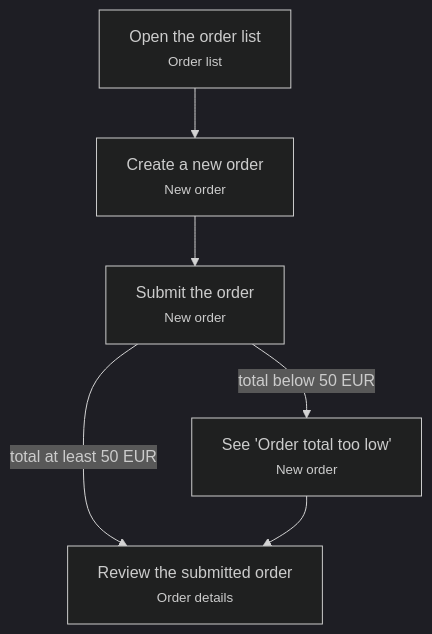
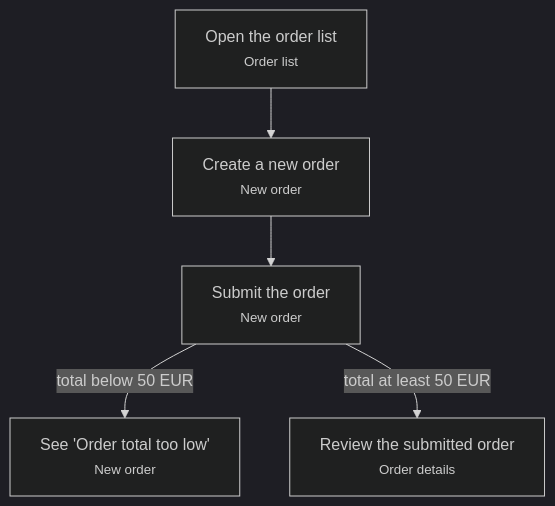
The diagram in examples/order-approval/knowledge/ordering/journeys/place-order.md (quark-sri/domainlore), drawn with Mermaid (dark theme) before and after one commit. The commit also changed other lines of this file and 26 other files, not shown here.

````diff
--- a/examples/order-approval/knowledge/ordering/journeys/place-order.md
+++ b/examples/order-approval/knowledge/ordering/journeys/place-order.md
@@ -34,13 +34,12 @@
 ```mermaid
 flowchart TD
   n_open["Open the order list<br/><small>Order list</small>"]
   n_create["Create a new order<br/><small>New order</small>"]
   n_submit["Submit the order<br/><small>New order</small>"]
   n_blocked["See 'Order total too low'<br/><small>New order</small>"]
   n_review["Review the submitted order<br/><small>Order details</small>"]
   n_open --> n_create
   n_create --> n_submit
   n_submit -->|"total below 50 EUR"| n_blocked
   n_submit -->|"total at least 50 EUR"| n_review
-  n_blocked --> n_review
 ```
````
